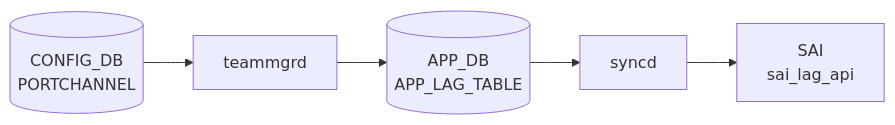
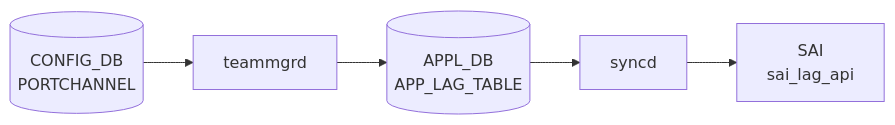
The diagram in docs/reference/config-db/counters-portchannel.md (aoki-taquan/sonic-unofficial-docs), drawn with Mermaid before and after one commit. The commit also changed 91 other files, not shown here.

First line of the commit message:
fix(review-067): APP_DB→APPL_DB in mermaid labels; exclude APPL_DB pages from auto-gen

````diff
--- a/docs/reference/config-db/counters-portchannel.md
+++ b/docs/reference/config-db/counters-portchannel.md
@@ -47,12 +47,12 @@
 ```mermaid
 flowchart LR
   CDB[("CONFIG_DB<br/>PORTCHANNEL")]
   DM["teammgrd"]
   CDB --> DM
-  APPDB[("APP_DB<br/>APP_LAG_TABLE")]
+  APPDB[("APPL_DB<br/>APP_LAG_TABLE")]
   DM --> APPDB
   SYNCD["syncd"]
   APPDB --> SYNCD
   SAI["SAI<br/>sai_lag_api"]
   SYNCD --> SAI
 ```
````
